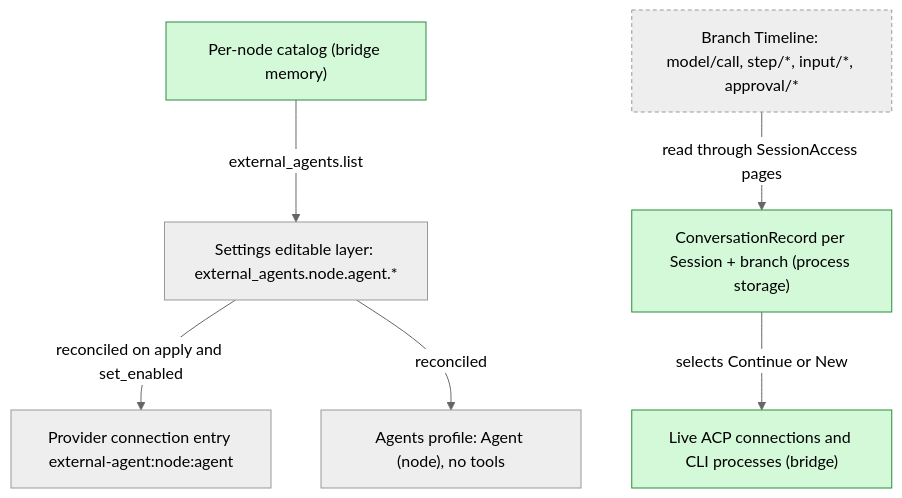
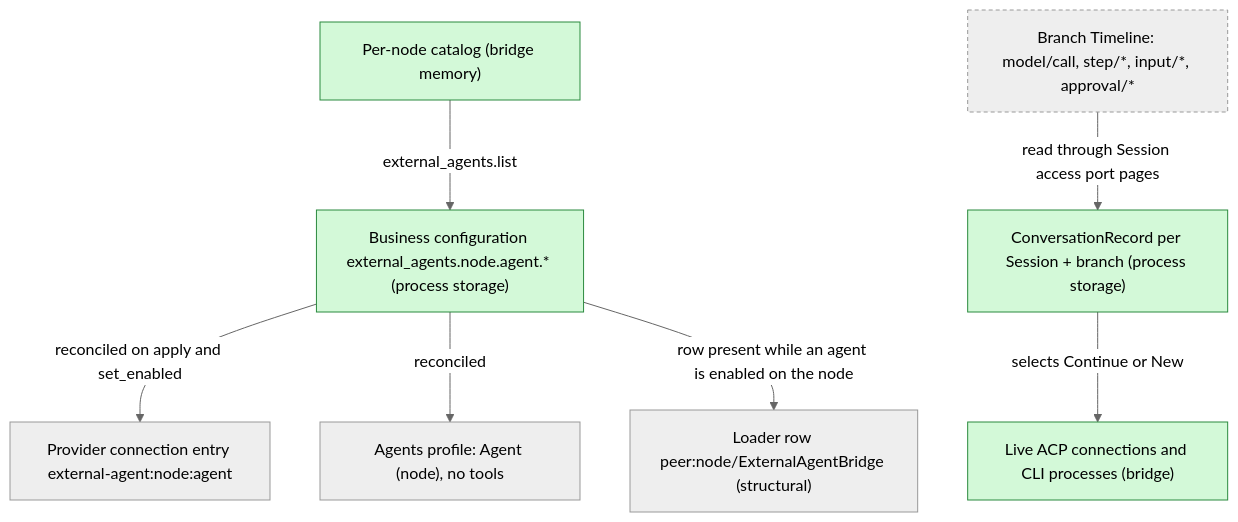
Before and after one commit to CoutinhoTTS/dim-agent: the second of 5 diagrams in docs/design/plugins/ExternalAgent.md, drawn with Mermaid (neutral theme). The commit also changed other lines of this file and 3 other files, not shown here.

Commit message:
docs(design): apply ADR 002 to Workflow, ExternalAgent, Web and AcpGateway

````diff
--- a/docs/design/plugins/ExternalAgent.md
+++ b/docs/design/plugins/ExternalAgent.md
@@ -58,17 +60,19 @@
 ```mermaid
 flowchart TB
   classDef new fill:#d3f9d8,stroke:#2b8a3e,color:#000
   classDef contract stroke-dasharray:4 3
-  Cfg["Settings editable layer: external_agents.node.agent.*"]
+  Cfg["Business configuration external_agents.node.agent.* (process storage)"]:::new
+  Row["Loader row peer:node/ExternalAgentBridge (structural)"]
   Conn["Provider connection entry external-agent:node:agent"]
   Prof["Agents profile: Agent (node), no tools"]
   Rec["ConversationRecord per Session + branch (process storage)"]:::new
   Cat["Per-node catalog (bridge memory)"]:::new
   Live["Live ACP connections and CLI processes (bridge)"]:::new
   TL["Branch Timeline: model/call, step/*, input/*, approval/*"]:::contract
   Cfg -->|"reconciled on apply and set_enabled"| Conn
   Cfg -->|"reconciled"| Prof
-  TL -->|"read through SessionAccess pages"| Rec
+  Cfg -->|"row present while an agent is enabled on the node"| Row
+  TL -->|"read through Session access port pages"| Rec
   Rec -->|"selects Continue or New"| Live
   Cat -->|"external_agents.list"| Cfg
 ```
````
